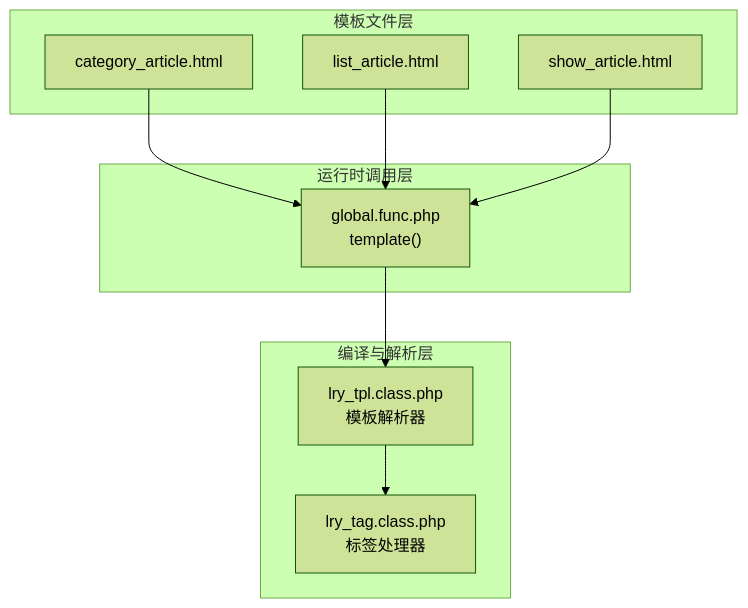
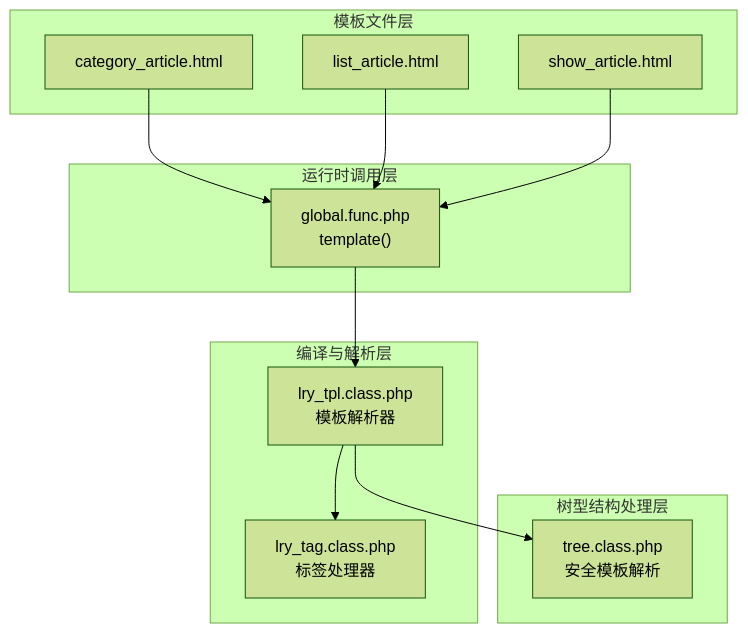
One commit to lirongyaoper/lryblog.com changed the first of 7 diagrams in .qoder/repowiki/zh/content/核心框架组件/模板引擎/模板解析机制.md. Above: the diagram before and after it, drawn with Mermaid (forest theme). The commit also changed other lines of this file and 2 other files, not shown here.

````diff
--- a/.qoder/repowiki/zh/content/核心框架组件/模板引擎/模板解析机制.md
+++ b/.qoder/repowiki/zh/content/核心框架组件/模板引擎/模板解析机制.md
@@ -38,20 +44,24 @@
 ```mermaid
 graph TB
 subgraph "模板文件层"
 TPL1["category_article.html"]
 TPL2["list_article.html"]
 TPL3["show_article.html"]
 end
 subgraph "编译与解析层"
 LRY_TPL["lry_tpl.class.php<br/>模板解析器"]
 LRY_TAG["lry_tag.class.php<br/>标签处理器"]
 end
+subgraph "树型结构处理层"
+TREE["tree.class.php<br/>安全模板解析"]
+end
 subgraph "运行时调用层"
 FUNC["global.func.php<br/>template()"]
 end
 TPL1 --> FUNC
 TPL2 --> FUNC
 TPL3 --> FUNC
 FUNC --> LRY_TPL
 LRY_TPL --> LRY_TAG
+LRY_TPL --> TREE
 ```
````
